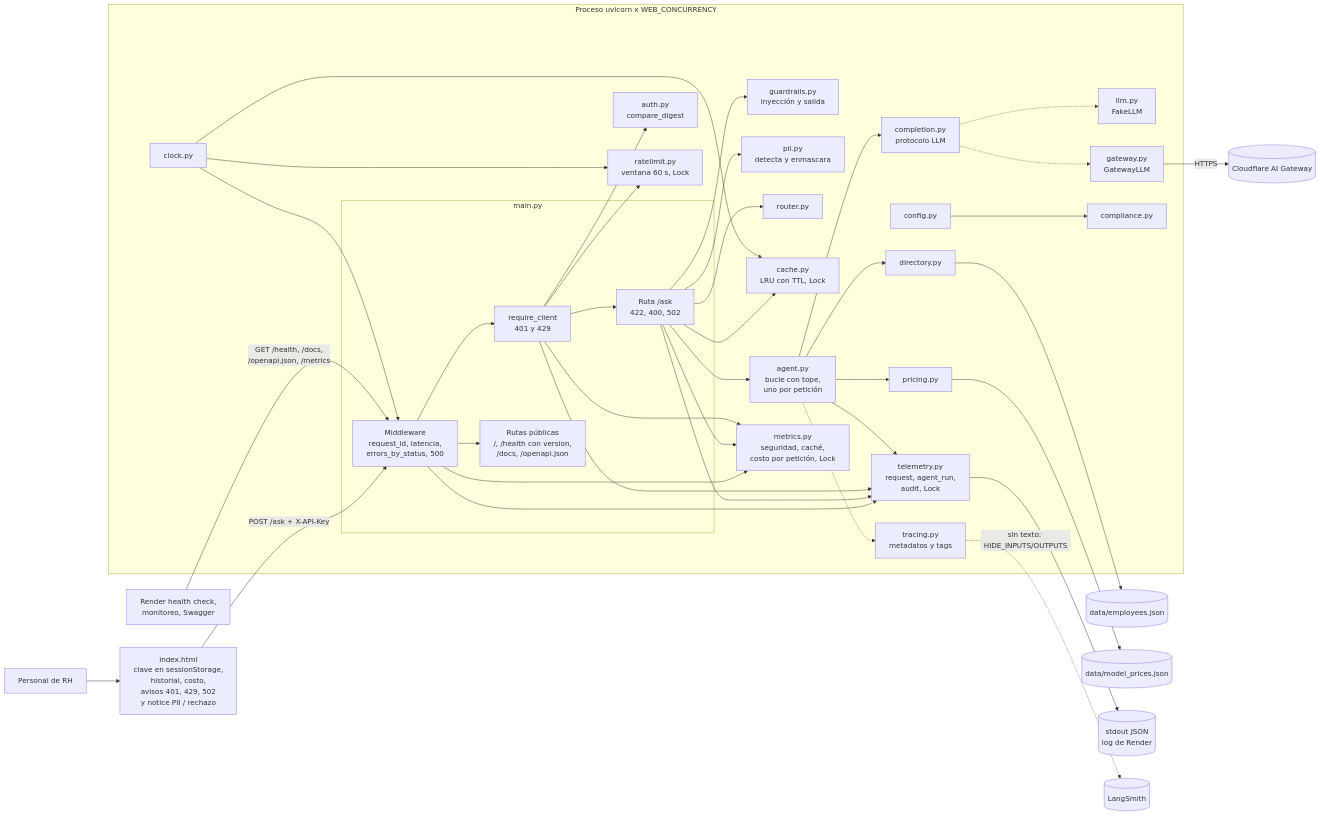
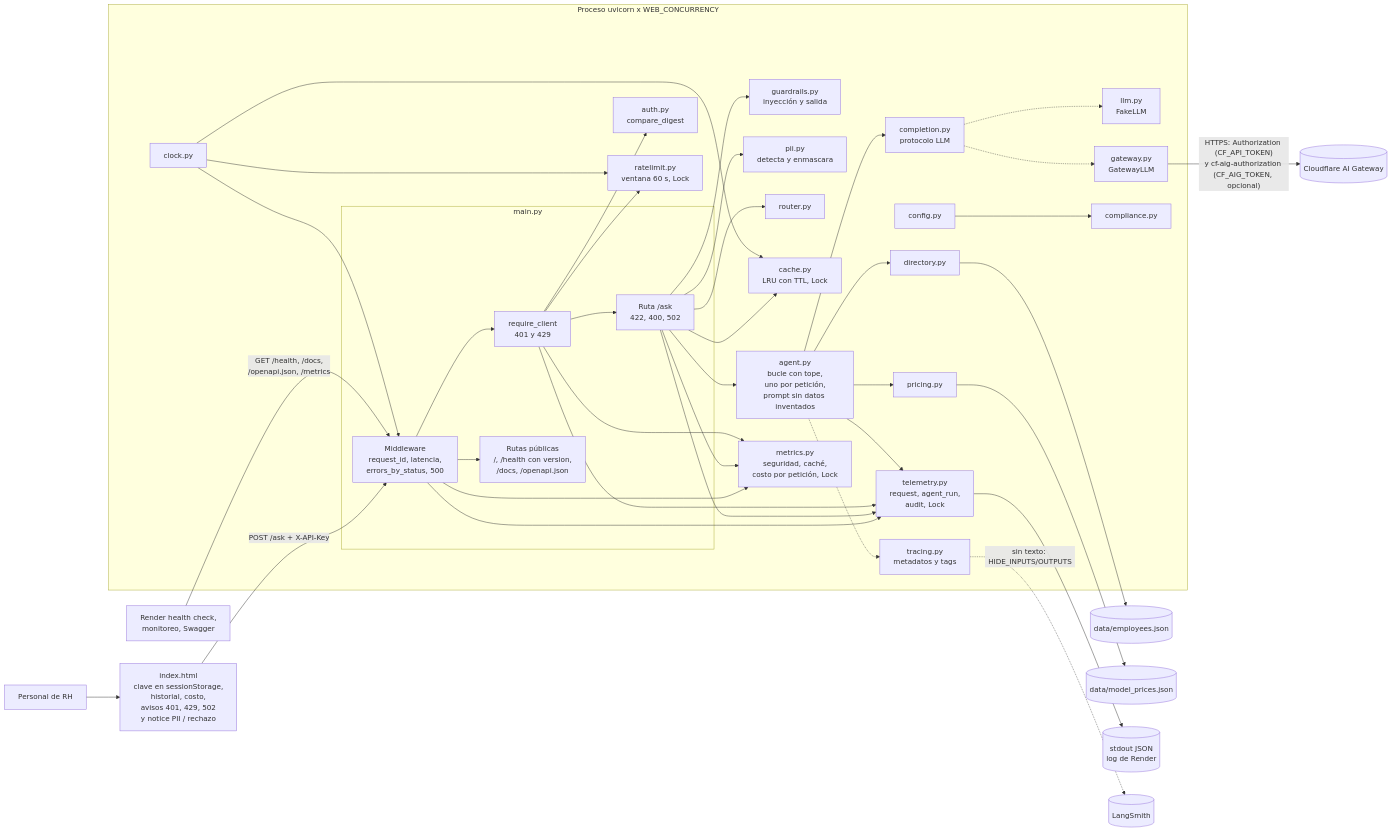
Before and after one commit to rgaxiolaatn/hr-assistant-reto: the first of 2 diagrams in doc/architecture.md, drawn with Mermaid. The commit also changed other lines of this file and 10 other files, not shown here.

````diff
--- a/doc/architecture.md
+++ b/doc/architecture.md
@@ -19,42 +21,42 @@
 ```mermaid
 flowchart LR
     U[Personal de RH] --> W[index.html<br/>clave en sessionStorage,<br/>historial, costo,<br/>avisos 401, 429, 502<br/>y notice PII / rechazo]
     W -- "POST /ask + X-API-Key" --> MW
     H[Render health check,<br/>monitoreo, Swagger] -- "GET /health, /docs,<br/>/openapi.json, /metrics" --> MW
     subgraph proc[Proceso uvicorn x WEB_CONCURRENCY]
         subgraph main.py
             MW[Middleware<br/>request_id, latencia,<br/>errors_by_status, 500] --> SEC[require_client<br/>401 y 429]
             SEC --> R[Ruta /ask<br/>422, 400, 502]
             MW --> PUB[Rutas públicas<br/>/, /health con version,<br/>/docs, /openapi.json]
         end
         SEC --> AU[auth.py<br/>compare_digest]
         SEC --> RL[ratelimit.py<br/>ventana 60 s, Lock]
         R --> GR[guardrails.py<br/>inyección y salida]
         R --> PII[pii.py<br/>detecta y enmascara]
         R --> RT[router.py]
         R --> CA[cache.py<br/>LRU con TTL, Lock]
-        R --> A[agent.py<br/>bucle con tope,<br/>uno por petición]
+        R --> A[agent.py<br/>bucle con tope,<br/>uno por petición,<br/>prompt sin datos inventados]
         A --> P[pricing.py]
         A --> CP[completion.py<br/>protocolo LLM]
         CP -.-> L[llm.py<br/>FakeLLM]
         CP -.-> G[gateway.py<br/>GatewayLLM]
         A --> D[directory.py]
         MW --> X[metrics.py<br/>seguridad, caché,<br/>costo por petición, Lock]
         R --> X
         SEC --> X
         MW --> T[telemetry.py<br/>request, agent_run,<br/>audit, Lock]
         R --> T
         SEC --> T
         A --> T
         A -.-> TR[tracing.py<br/>metadatos y tags]
         K[clock.py] --> MW
         K --> RL
         K --> CA
         C[config.py] --> CO[compliance.py]
     end
-    G -- HTTPS --> CF[(Cloudflare AI Gateway)]
+    G -- "HTTPS: Authorization (CF_API_TOKEN)<br/>y cf-aig-authorization (CF_AIG_TOKEN, opcional)" --> CF[(Cloudflare AI Gateway)]
     D --> J[(data/employees.json)]
     P --> PJ[(data/model_prices.json)]
     T --> O[(stdout JSON<br/>log de Render)]
     TR -. "sin texto: HIDE_INPUTS/OUTPUTS" .-> LS[(LangSmith)]
 ```
````
